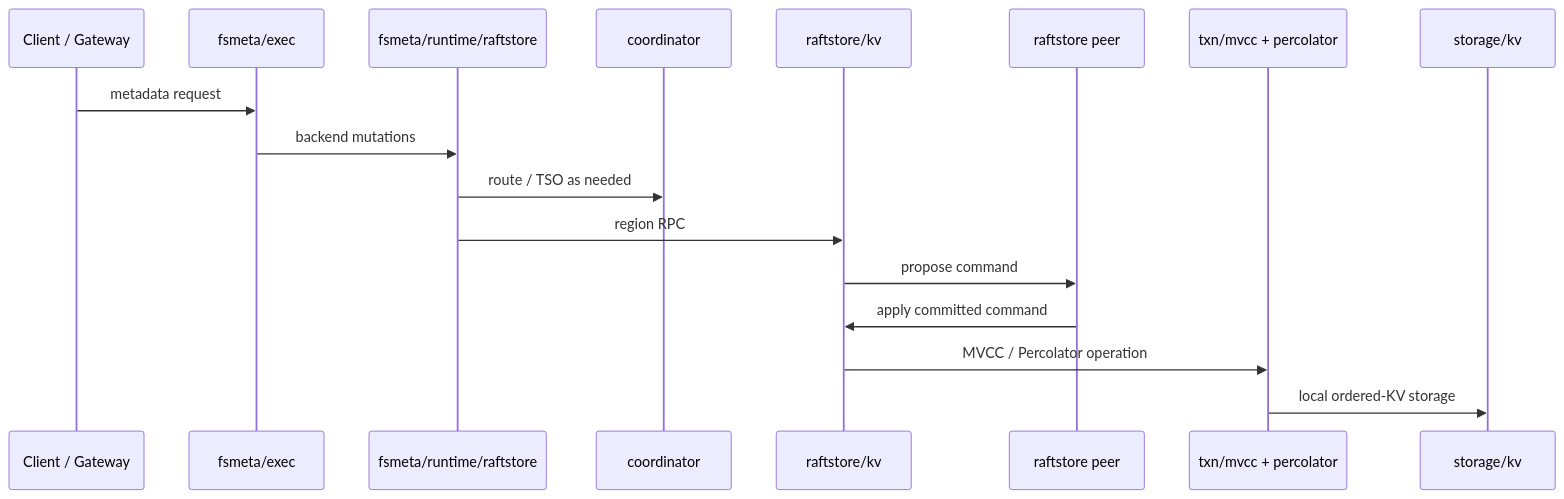
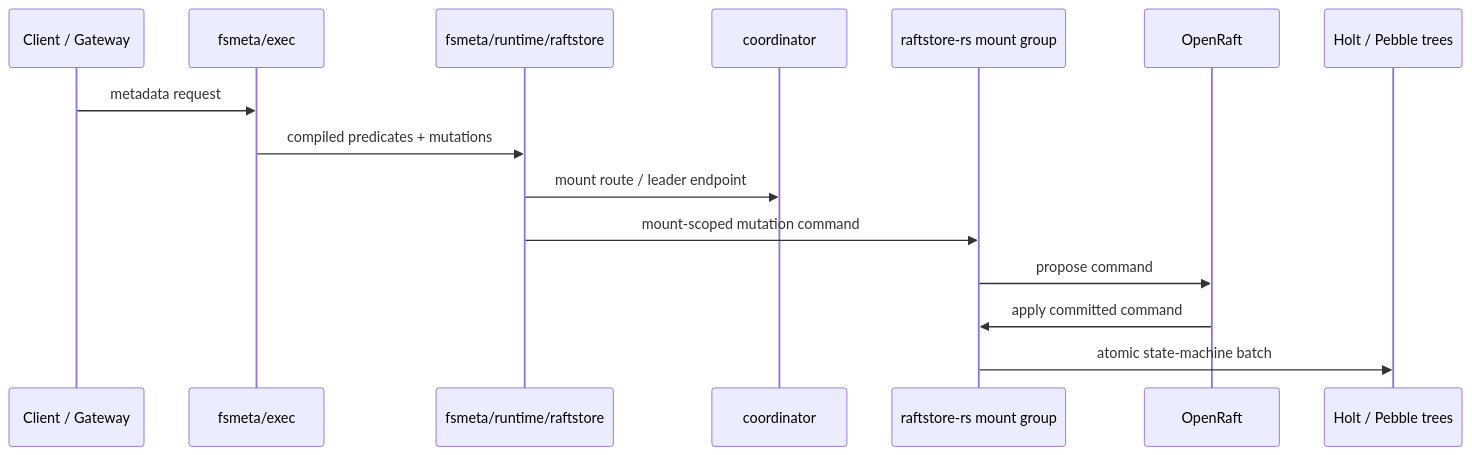
The second of 2 diagrams in docs/guide/runtime.md (feichai0017/NoKV), drawn with Mermaid before and after one commit. The commit also changed other lines of this file and 11 other files, not shown here.

````diff
--- a/docs/guide/runtime.md
+++ b/docs/guide/runtime.md
@@ -43,20 +43,18 @@
 ```mermaid
 sequenceDiagram
     participant App as Client / Gateway
     participant Exec as fsmeta/exec
     participant Adapter as fsmeta/runtime/raftstore
     participant Coord as coordinator
-    participant Store as raftstore/kv
-    participant Raft as raftstore peer
-    participant Txn as txn/mvcc + percolator
-    participant KV as storage/kv
+    participant Store as raftstore-rs mount group
+    participant Raft as OpenRaft
+    participant KV as Holt / Pebble trees
 
     App->>Exec: metadata request
-    Exec->>Adapter: backend mutations
-    Adapter->>Coord: route / TSO as needed
-    Adapter->>Store: region RPC
+    Exec->>Adapter: compiled predicates + mutations
+    Adapter->>Coord: mount route / leader endpoint
+    Adapter->>Store: mount-scoped mutation command
     Store->>Raft: propose command
     Raft->>Store: apply committed command
-    Store->>Txn: MVCC / Percolator operation
-    Txn->>KV: local ordered-KV storage
+    Store->>KV: atomic state-machine batch
 ```
````
